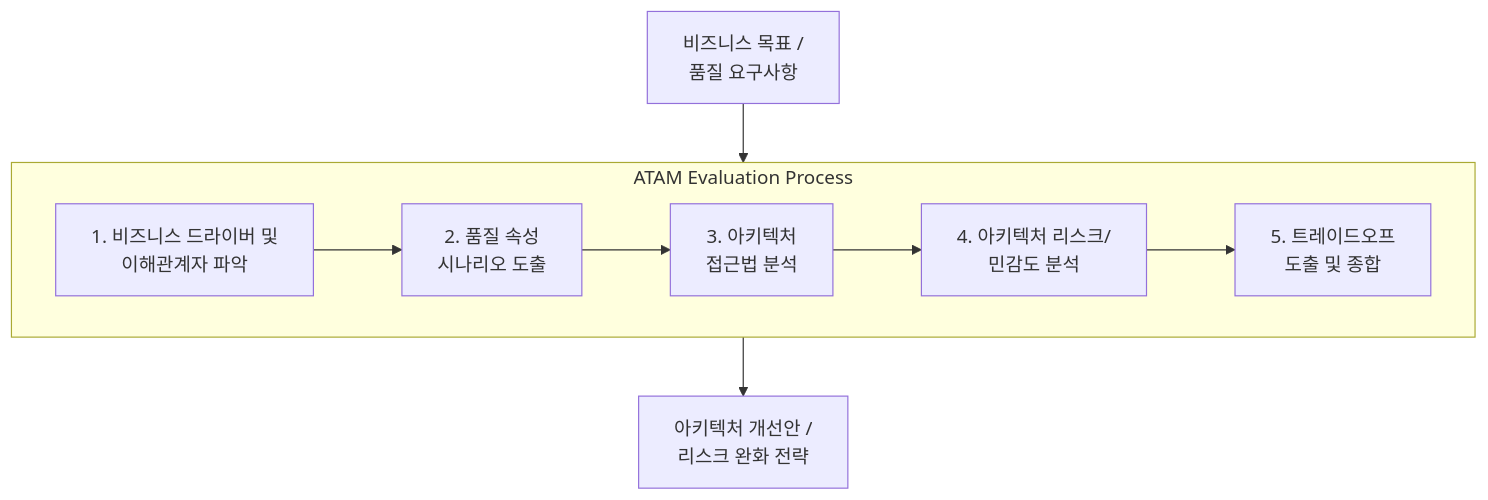
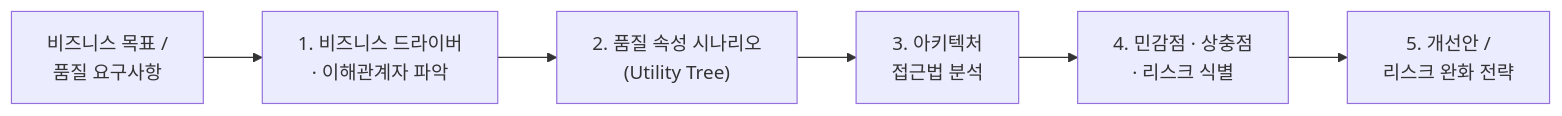
Before and after one commit to supremethumb/supremethumb.github.io: the diagram in content/01_IT Tech/SW Architecture 평가.md, drawn with Mermaid. The commit also changed other lines of this file and 1087 other files, not shown here.

````diff
--- a/content/01_IT Tech/SW Architecture 평가.md
+++ b/content/01_IT Tech/SW Architecture 평가.md
@@ -25,14 +35,8 @@
 ```mermaid
-flowchart TB
-    subgraph ATAM["ATAM Evaluation Process"]
-        direction LR
-        P1["1. 비즈니스 드라이버 및<br/>이해관계자 파악"] --> P2["2. 품질 속성<br/>시나리오 도출"]
-        P2 --> P3["3. 아키텍처<br/>접근법 분석"]
-        P3 --> P4["4. 아키텍처 리스크/<br/>민감도 분석"]
-        P4 --> P5["5. 트레이드오프<br/>도출 및 종합"]
-    end
-
-    REQ["비즈니스 목표 /<br/>품질 요구사항"] --> P1
-    P5 --> OUT["아키텍처 개선안 /<br/>리스크 완화 전략"]
-
+flowchart LR
+    REQ["비즈니스 목표 /<br/>품질 요구사항"] --> P1["1. 비즈니스 드라이버<br/>· 이해관계자 파악"]
+    P1 --> P2["2. 품질 속성 시나리오<br/>(Utility Tree)"]
+    P2 --> P3["3. 아키텍처<br/>접근법 분석"]
+    P3 --> P4["4. 민감점 · 상충점<br/>· 리스크 식별"]
+    P4 --> OUT["5. 개선안 /<br/>리스크 완화 전략"]
 ```
````
